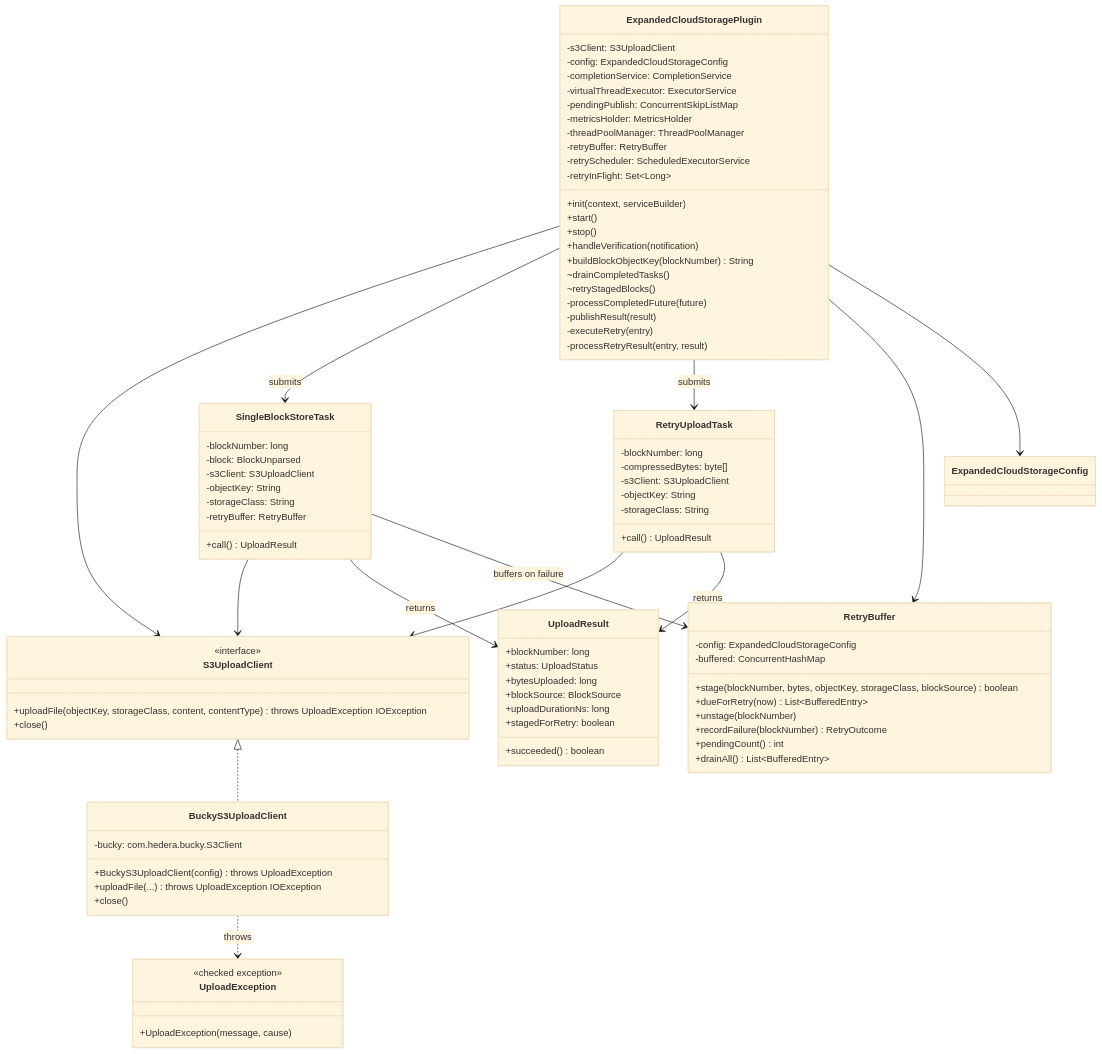
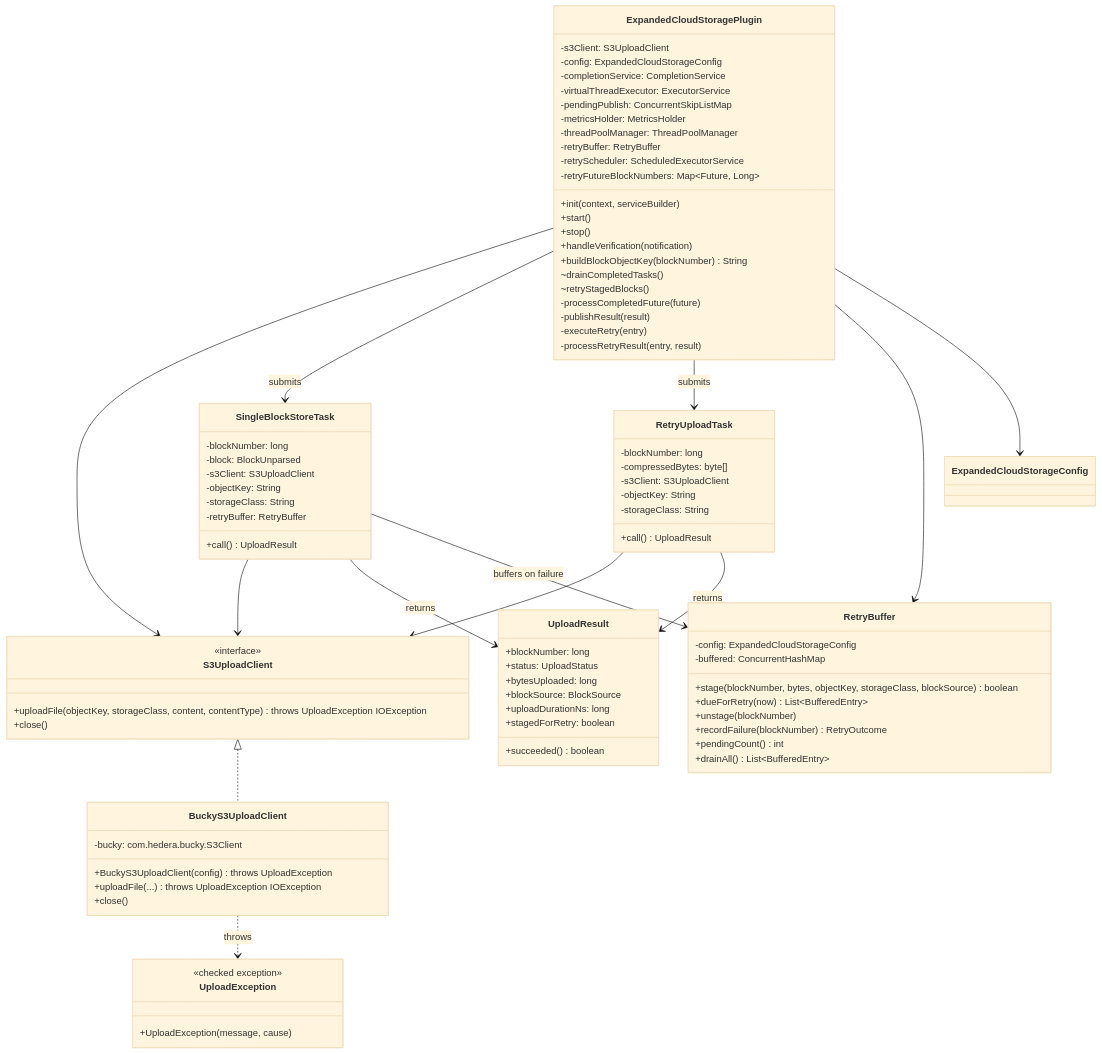
The second of 2 diagrams in docs/design/persistence/cloud-storage-expanded.md (hiero-ledger/hiero-block-node), drawn with Mermaid (base theme) before and after one commit. The commit also changed other lines of this file and 3 other files, not shown here.

```diff
--- a/docs/design/persistence/cloud-storage-expanded.md
+++ b/docs/design/persistence/cloud-storage-expanded.md
@@ -403,7 +403,7 @@
         -threadPoolManager: ThreadPoolManager
         -retryBuffer: RetryBuffer
         -retryScheduler: ScheduledExecutorService
-        -retryInFlight: Set~Long~
+        -retryFutureBlockNumbers: Map~Future, Long~
         +init(context, serviceBuilder)
         +start()
         +stop()
```
